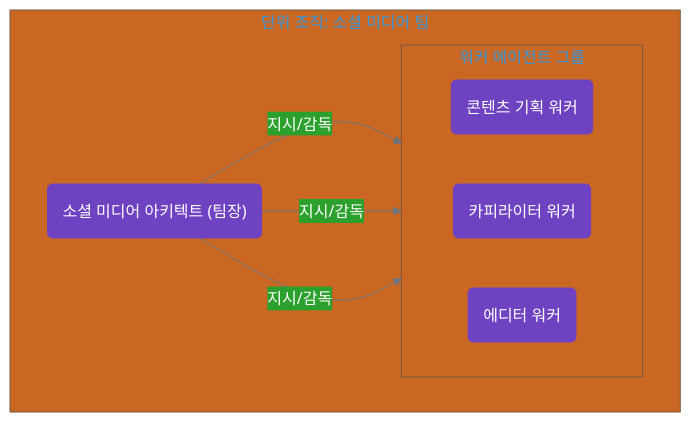
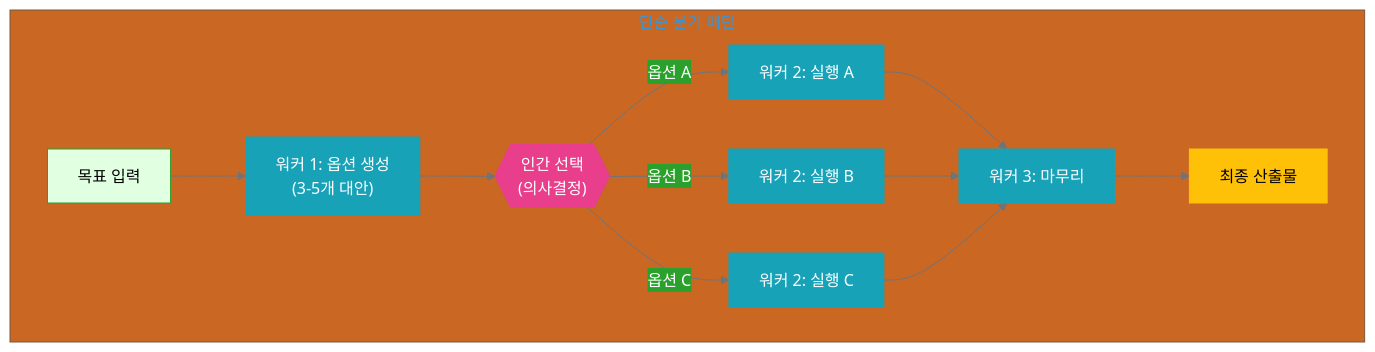
Before and after one commit to wooxist/ai-instructions: the second of 5 diagrams in book/vol-2-part-4-chapter-11.md, drawn with Mermaid. The commit also changed other lines of this file and 1 other file, not shown here.

````diff
--- a/book/vol-2-part-4-chapter-11.md
+++ b/book/vol-2-part-4-chapter-11.md
@@ -40,35 +583,33 @@
 ```mermaid
 %%{init: {
   'theme': 'base',
   'themeVariables': {
     'primaryColor': '#1f77b4',
     'primaryTextColor': '#ffffff',
     'primaryBorderColor': '#1f77b4',
     'lineColor': '#6c757d',
     'background': 'transparent',
     'edgeLabelBackground': '#2ca02c'
   }
 }}%%
 graph TD
-    subgraph "단위 조직: 소셜 미디어 팀"
-        Architect("소셜 미디어 아키텍트 (팀장)")
-
-        subgraph "워커 에이전트 그룹"
-            direction LR
-            P("콘텐츠 기획 워커")
-            C("카피라이터 워커")
-            E("에디터 워커")
-        end
-
-        Architect -- "지시/감독" --> P & C & E
+    subgraph "단순 분기 패턴"
+        Start["목표 입력"] --> Gen["워커 1: 옵션 생성<br/>(3-5개 대안)"]
+        Gen --> Dec{{"인간 선택<br/>(의사결정)"}}
+        Dec -->|"옵션 A"| ProcA["워커 2: 실행 A"]
+        Dec -->|"옵션 B"| ProcB["워커 2: 실행 B"]
+        Dec -->|"옵션 C"| ProcC["워커 2: 실행 C"]
+        ProcA & ProcB & ProcC --> Final["워커 3: 마무리"]
+        Final --> Output["최종 산출물"]
     end
-
-    %% 클래스 정의 및 적용 (WRITER 부록 A 기준)
-    classDef principle fill:#1f77b4,stroke:#1f77b4,color:#ffffff;
-    classDef decision fill:#ffffff,stroke:#495057,stroke-width:2px,color:#212529;
-    classDef agent fill:#6f42c1,stroke:#6f42c1,color:#ffffff;
-    classDef artifact fill:#17a2b8,stroke:#17a2b8,color:#ffffff;
-    classDef data fill:#2ca02c,stroke:#2ca02c,color:#ffffff;
-    classDef human fill:#e83e8c,stroke:#e83e8c,color:#ffffff;
-    class Architect,P,C,E agent;
+    
+    classDef start fill:#e1ffe1,stroke:#2ca02c,color:#000;
+    classDef worker fill:#17a2b8,stroke:#17a2b8,color:#fff;
+    classDef decision fill:#e83e8c,stroke:#e83e8c,color:#fff;
+    classDef output fill:#ffc107,stroke:#ffc107,color:#000;
+    
+    class Start start;
+    class Gen,ProcA,ProcB,ProcC,Final worker;
+    class Dec decision;
+    class Output output;
 ```
````
